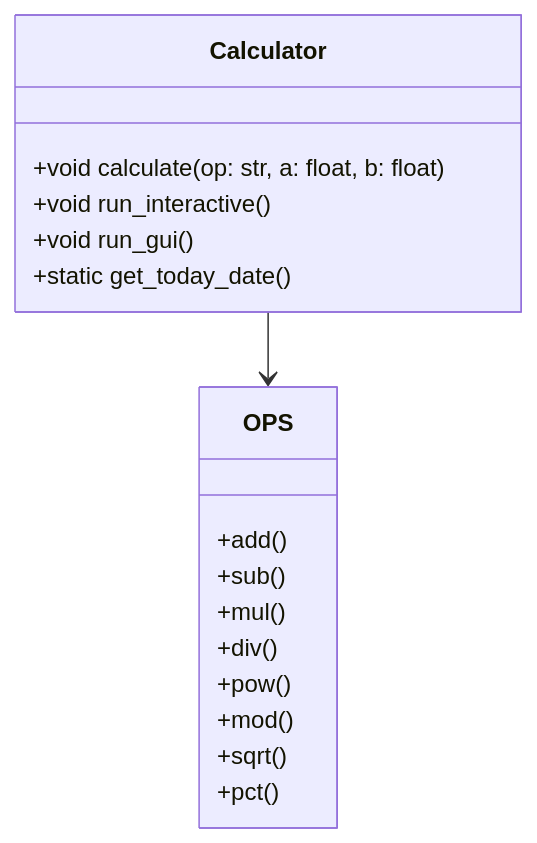
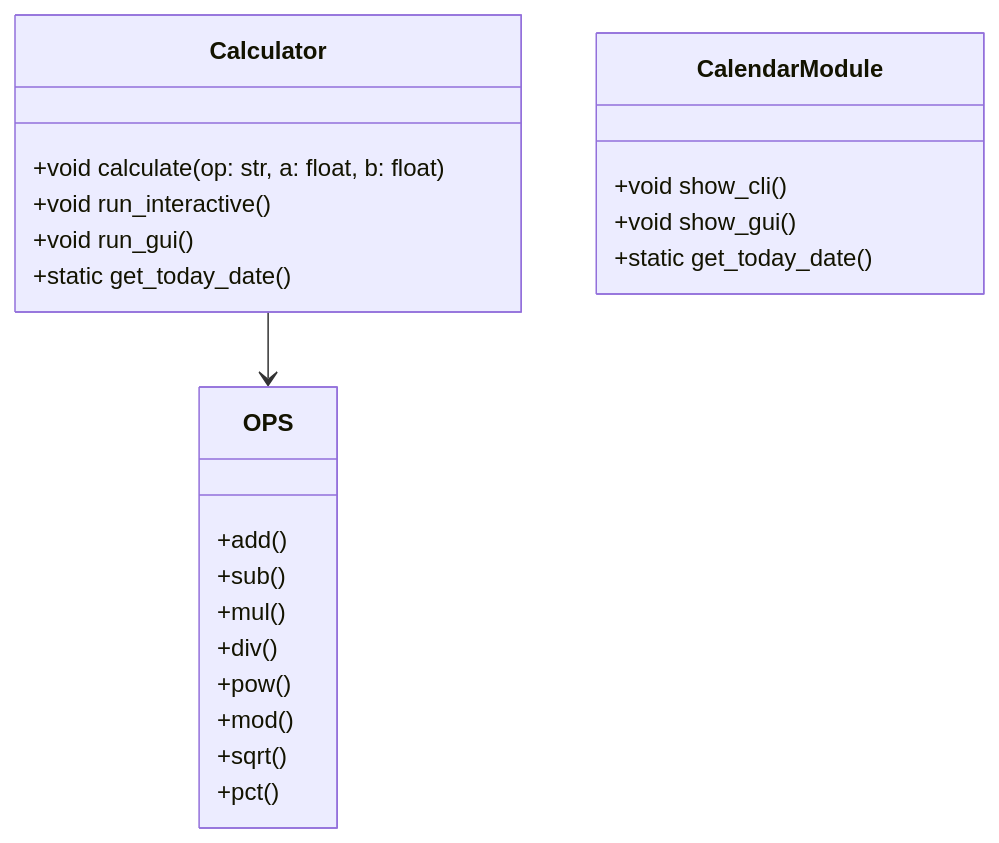
One commit to thoaihcmc/docs-pipeline-e2e-test changed the diagram in docs/diagrams/class.mmd. Above: the diagram before and after it, drawn with Mermaid. The commit also changed 5 other files, not shown here.

Commit message:
docs: auto-generate FDD, BDD, ADD and diagrams for 5ed4e4fdf37e09d7aaa3bb043db180d9aba59c5d

````diff
--- a/docs/diagrams/class.mmd
+++ b/docs/diagrams/class.mmd
@@ -1,20 +1,25 @@
 ```mermaid  
-  classDiagram  
+classDiagram  
     class Calculator {  
       +void calculate(op: str, a: float, b: float)  
       +void run_interactive()  
       +void run_gui()  
+      +static get_today_date()  
+    }  
+    class CalendarModule {  
+      +void show_cli()  
+      +void show_gui()  
       +static get_today_date()  
     }  
     class OPS {  
       +add()  
       +sub()  
       +mul()  
       +div()  
       +pow()  
       +mod()  
       +sqrt()  
       +pct()  
     }  
     Calculator --> OPS
 ```
````
